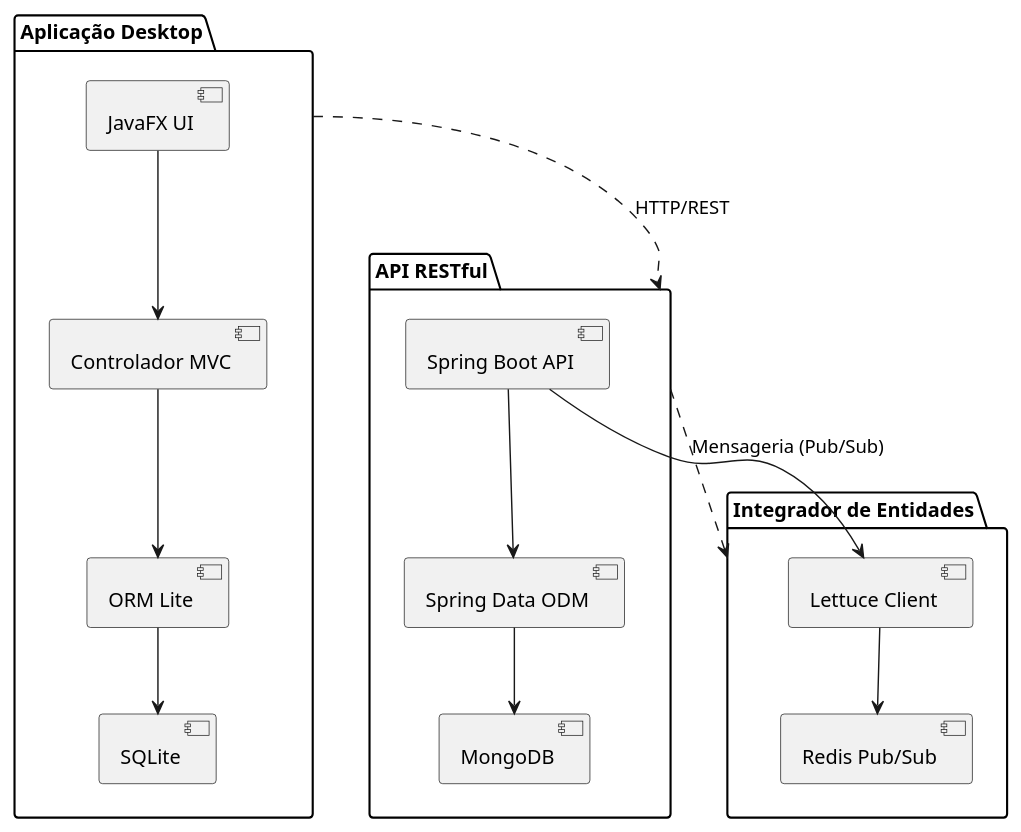
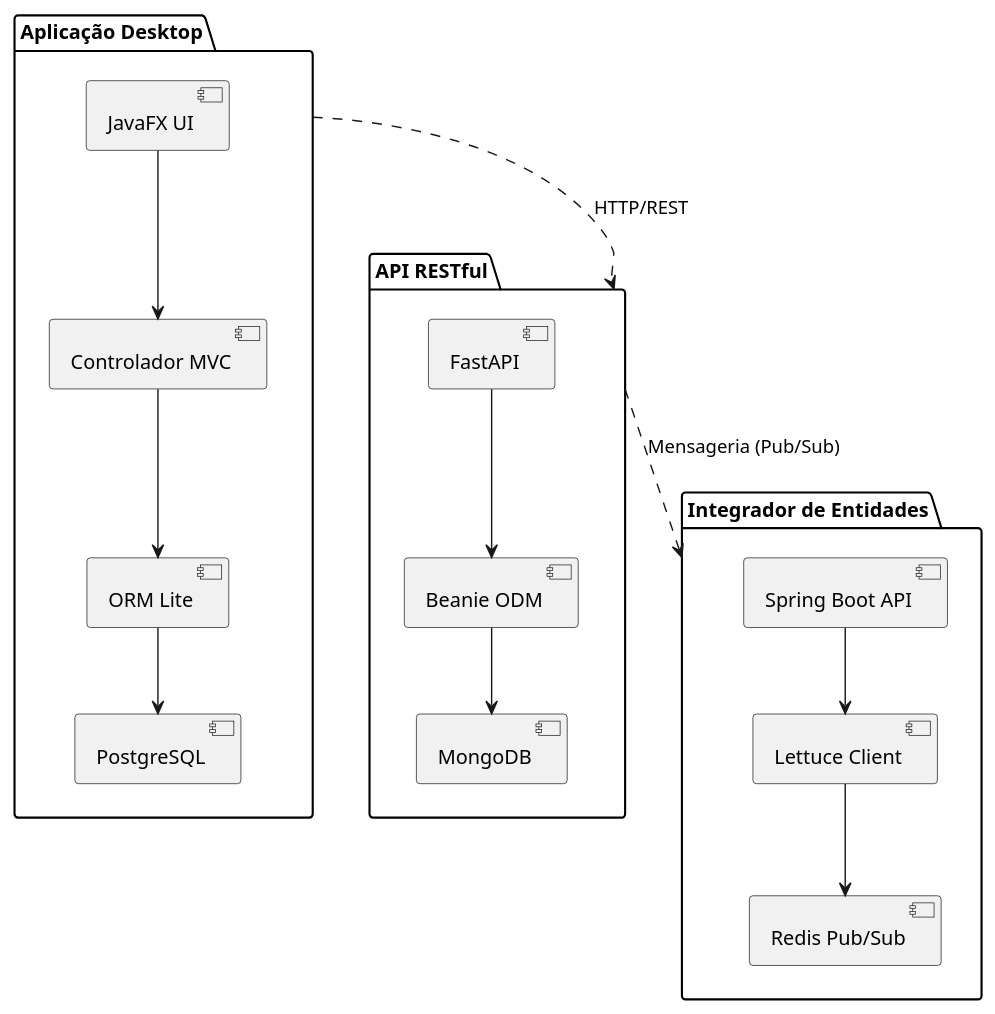
Before and after one commit to SPD-BES-2025-3/grupo4: the diagram in docs/codigo fonte diagramas/diagrama-componentes.puml, drawn with PlantUML. The commit also changed 5 other files, not shown here.

Commit message:
Atualizando diagramas

```diff
--- a/docs/codigo fonte diagramas/diagrama-componentes.puml
+++ b/docs/codigo fonte diagramas/diagrama-componentes.puml
@@ -1,29 +1,29 @@
-@startuml
+@startuml componentes
 package "Aplicação Desktop" {
   [JavaFX UI] 
   [Controlador MVC]
   [ORM Lite] 
-  [SQLite]
+  [PostgreSQL]
   [JavaFX UI] --> [Controlador MVC]
   [Controlador MVC] --> [ORM Lite]
-  [ORM Lite] --> [SQLite]
+  [ORM Lite] --> [PostgreSQL]
 }
 
 package "API RESTful" {
-  [Spring Boot API]
-  [Spring Data ODM]
+  [FastAPI]
+  [Beanie ODM]
   [MongoDB]
-  [Spring Boot API] --> [Spring Data ODM]
-  [Spring Data ODM] --> [MongoDB]
+  [FastAPI] --> [Beanie ODM]
+  [Beanie ODM] --> [MongoDB]
 }
 
 package "Integrador de Entidades" {
   [Redis Pub/Sub]
   [Lettuce Client]
   [Spring Boot API] --> [Lettuce Client]
   [Lettuce Client] --> [Redis Pub/Sub]
 }
 
 [Aplicação Desktop] ..> [API RESTful] : HTTP/REST
 [API RESTful] ..> [Integrador de Entidades] : Mensageria (Pub/Sub)
 @enduml
```
